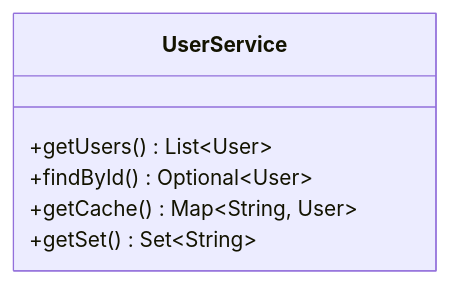
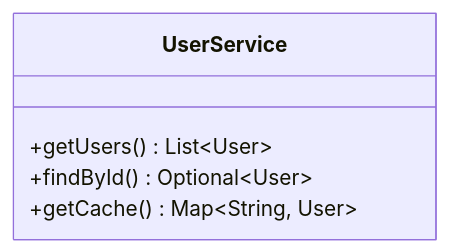
Before and after one commit to kbjorklid/claude-doctools-marketplace: diagram 18 of 21 in plugins/mermaid-diagrams/skills/mermaid/ADVANCED_CLASS_DIAGRAMS.md, drawn with Mermaid. The commit also changed other lines of this file, not shown here.

````diff
--- a/plugins/mermaid-diagrams/skills/mermaid/ADVANCED_CLASS_DIAGRAMS.md
+++ b/plugins/mermaid-diagrams/skills/mermaid/ADVANCED_CLASS_DIAGRAMS.md
@@ -342,13 +341,8 @@
 ```mermaid
 classDiagram
 class UserService {
-    %% This might fail to render:
-    %% +getUsers() List<User>
-
-    %% This is the RECOMMENDED way for simple generics:
     +getUsers() List~User~
     +findById() Optional~User~
     +getCache() Map~String, User~
-    +getSet() Set~String~
 }
 ```
````
